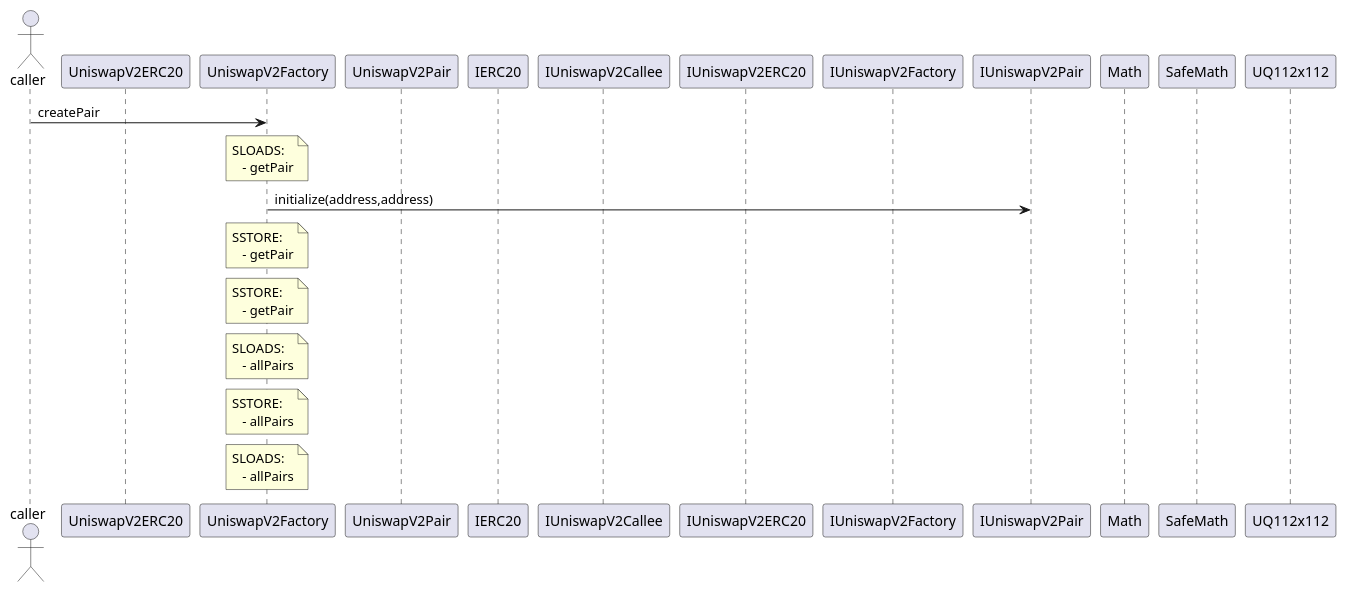
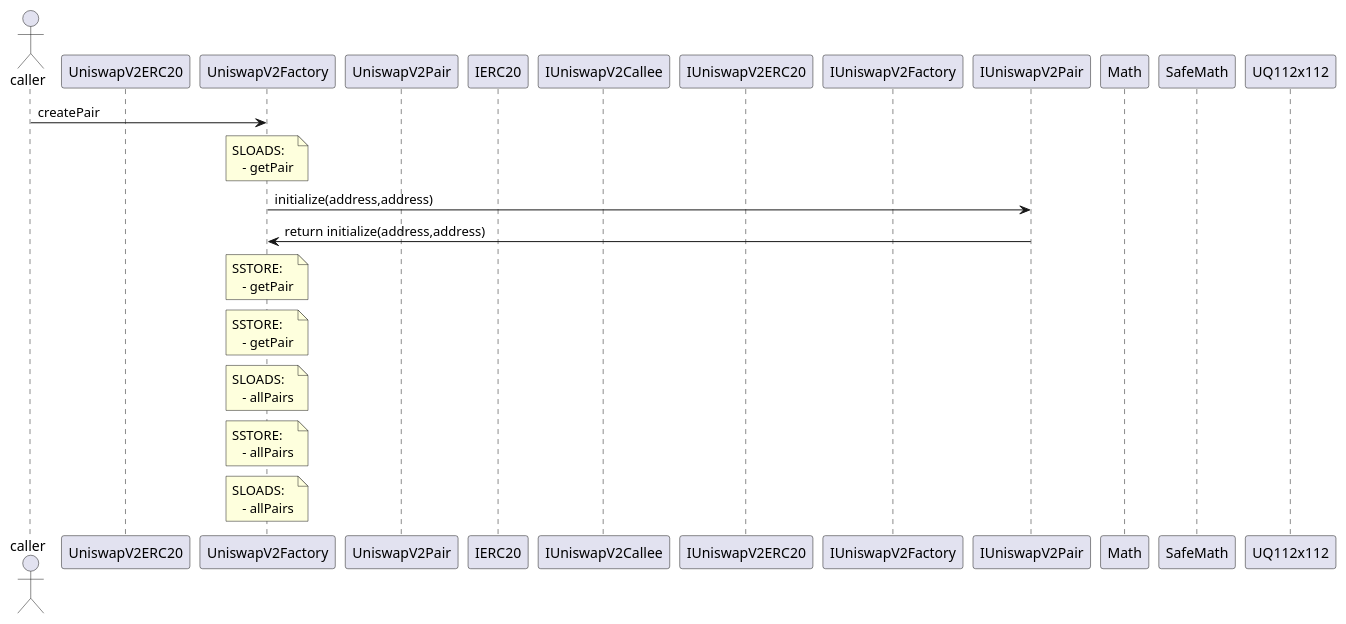
The diagram in examples/printers/univ2/contracts/UniswapV2Factory.sol-UniswapV2FactorycreatePairaddressaddress.puml (NoahMarconi/ethwaterloo-2023), drawn with PlantUML before and after one commit. The commit also changed 5 other files, not shown here.

Commit message:
add return value, assuming recursive function flow

```diff
--- a/examples/printers/univ2/contracts/UniswapV2Factory.sol-UniswapV2FactorycreatePairaddressaddress.puml
+++ b/examples/printers/univ2/contracts/UniswapV2Factory.sol-UniswapV2FactorycreatePairaddressaddress.puml
@@ -1,22 +1,23 @@
 @startuml
  actor caller 
  participant UniswapV2ERC20 
  participant UniswapV2Factory 
  participant UniswapV2Pair 
  participant IERC20 
  participant IUniswapV2Callee 
  participant IUniswapV2ERC20 
  participant IUniswapV2Factory 
  participant IUniswapV2Pair 
  participant Math 
  participant SafeMath 
  participant UQ112x112 
   caller -> UniswapV2Factory: createPair 
  note over UniswapV2Factory: SLOADS: \n   - getPair 
  UniswapV2Factory -> IUniswapV2Pair: initialize(address,address) 
+ UniswapV2Factory <- IUniswapV2Pair: return initialize(address,address) 
  note over UniswapV2Factory: SSTORE: \n   - getPair 
  note over UniswapV2Factory: SSTORE: \n   - getPair 
  note over UniswapV2Factory: SLOADS: \n   - allPairs 
  note over UniswapV2Factory: SSTORE: \n   - allPairs 
  note over UniswapV2Factory: SLOADS: \n   - allPairs 
 @enduml
```
